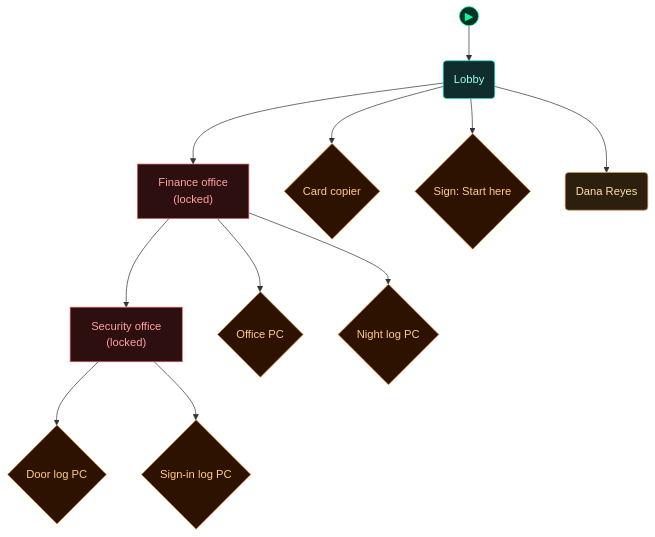
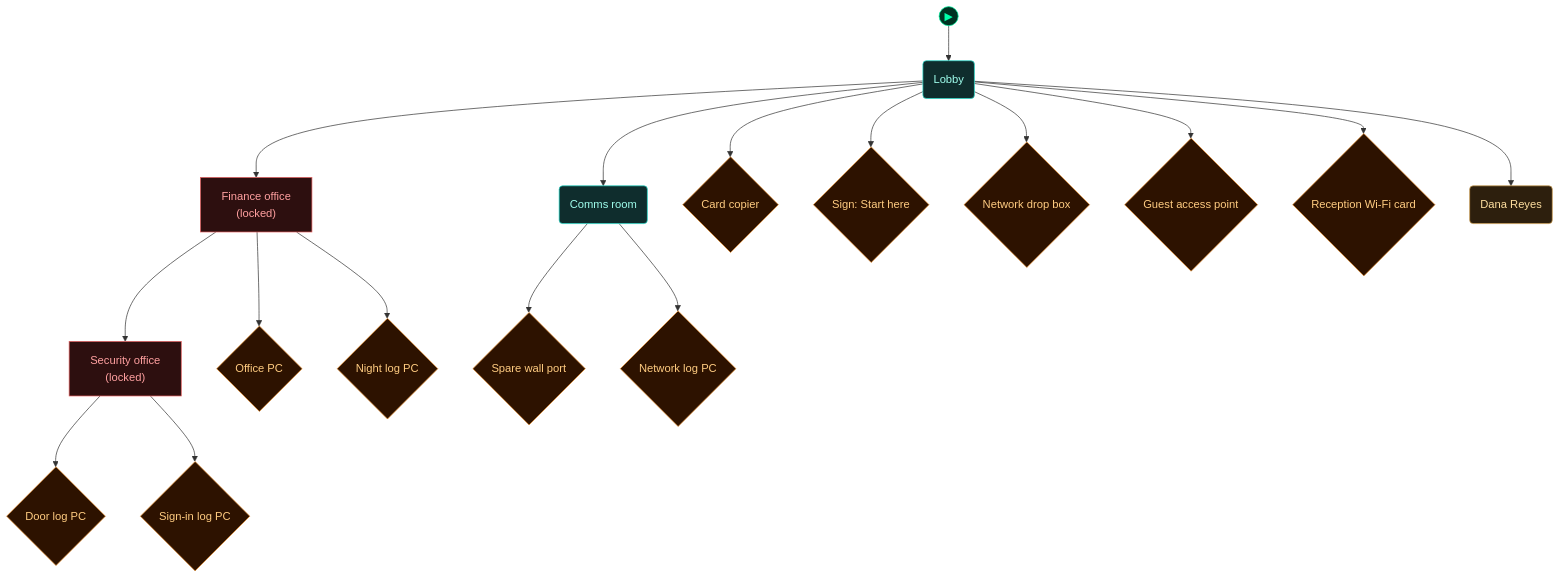
Before and after one commit to cliffe/BreakEscape: the fifth of 5 diagrams in scenarios/test_ops_logs/dungeon_graph.md, drawn with Mermaid. The commit also changed other lines of this file and 10 other files, not shown here.

Commit message:
Ops log L3: jack, access point and share rows in test_ops_logs, tests, PLAYTEST beats 20-27, docs, leak check allows a share name in LOCATION

````diff
--- a/scenarios/test_ops_logs/dungeon_graph.md
+++ b/scenarios/test_ops_logs/dungeon_graph.md
@@ -249,48 +301,60 @@
 ```mermaid
 flowchart TD
 
   classDef room      fill:#0f2d2d,stroke:#22ddcc,color:#a0ffee
   classDef lock      fill:#2d0f0f,stroke:#e66060,color:#ffa0a0
   classDef key       fill:#2d0812,stroke:#e66060,color:#ffa0a0
   classDef item      fill:#2d1200,stroke:#e89030,color:#ffcc80
   classDef gate      fill:#111,stroke:#666,color:#eee
   classDef vm        fill:#0c1f40,stroke:#4a90d9,color:#a0c8ff
   classDef flag      fill:#1a0c2d,stroke:#9060d0,color:#cc99ff
   classDef action    fill:#1a1200,stroke:#cc9922,color:#ffee88
   classDef aim       fill:#0d2a0d,stroke:#44cc44,color:#88ff88
   classDef aim_gate  fill:#111111,stroke:#44cc44,color:#44cc44
   classDef container fill:#1a2d1a,stroke:#60b060,color:#a0e0a0
   classDef npc       fill:#2d1f0d,stroke:#d0a050,color:#ffe0a0
   classDef critical  fill:#2a1500,stroke:#ffaa00,color:#ffdd88
   classDef start     fill:#003322,stroke:#00ffaa,color:#00ffaa
 
   node_start(("▶"))
   node_start --> lobby
 
   lobby("Lobby")
+  comms_room("Comms room")
   office["Finance office<br/>(locked)"]
   security["Security office<br/>(locked)"]
   rc_card_copier_1{"Card copier"}
   rc_sign_lobby_2{"Sign: Start here"}
-  rc_npc_dana_reyes_3("Dana Reyes")
-  rc_office_pc_4{"Office PC"}
-  rc_night_log_pc_5{"Night log PC"}
-  rc_door_log_pc_6{"Door log PC"}
-  rc_signin_log_pc_7{"Sign-in log PC"}
+  rc_kit_dropbox_3{"Network drop box"}
+  rc_guest_ap_4{"Guest access point"}
+  rc_wifi_note_5{"Reception Wi-Fi card"}
+  rc_npc_dana_reyes_6("Dana Reyes")
+  rc_comms_port_7{"Spare wall port"}
+  rc_net_log_pc_8{"Network log PC"}
+  rc_office_pc_9{"Office PC"}
+  rc_night_log_pc_10{"Night log PC"}
+  rc_door_log_pc_11{"Door log PC"}
+  rc_signin_log_pc_12{"Sign-in log PC"}
 
   lobby --> office
+  lobby --> comms_room
   office --> security
   lobby --> rc_card_copier_1
   lobby --> rc_sign_lobby_2
-  lobby --> rc_npc_dana_reyes_3
-  office --> rc_office_pc_4
-  office --> rc_night_log_pc_5
-  security --> rc_door_log_pc_6
-  security --> rc_signin_log_pc_7
+  lobby --> rc_kit_dropbox_3
+  lobby --> rc_guest_ap_4
+  lobby --> rc_wifi_note_5
+  lobby --> rc_npc_dana_reyes_6
+  comms_room --> rc_comms_port_7
+  comms_room --> rc_net_log_pc_8
+  office --> rc_office_pc_9
+  office --> rc_night_log_pc_10
+  security --> rc_door_log_pc_11
+  security --> rc_signin_log_pc_12
 
-  class lobby room
+  class lobby,comms_room room
   class office,security lock
-  class rc_card_copier_1,rc_sign_lobby_2,rc_office_pc_4,rc_night_log_pc_5,rc_door_log_pc_6,rc_signin_log_pc_7 item
-  class rc_npc_dana_reyes_3 npc
+  class rc_card_copier_1,rc_sign_lobby_2,rc_kit_dropbox_3,rc_guest_ap_4,rc_wifi_note_5,rc_comms_port_7,rc_net_log_pc_8,rc_office_pc_9,rc_night_log_pc_10,rc_door_log_pc_11,rc_signin_log_pc_12 item
+  class rc_npc_dana_reyes_6 npc
   class node_start start
 ```
````
